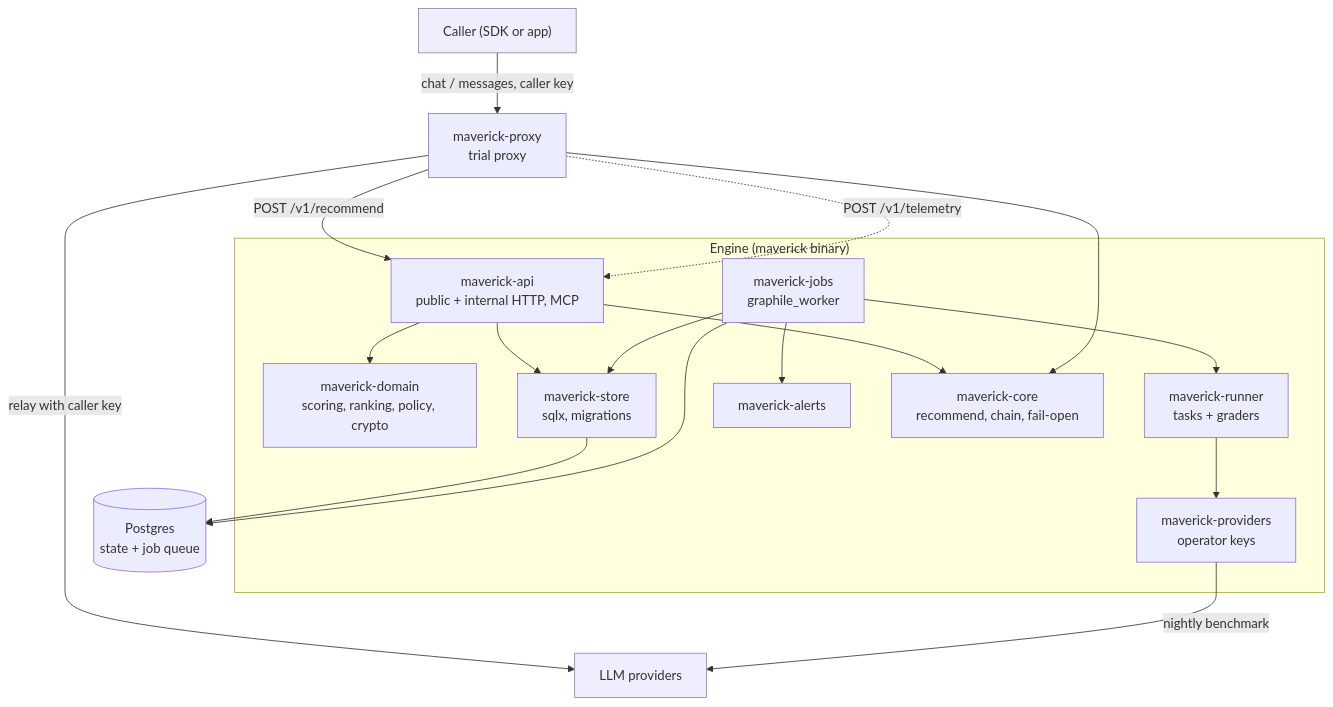
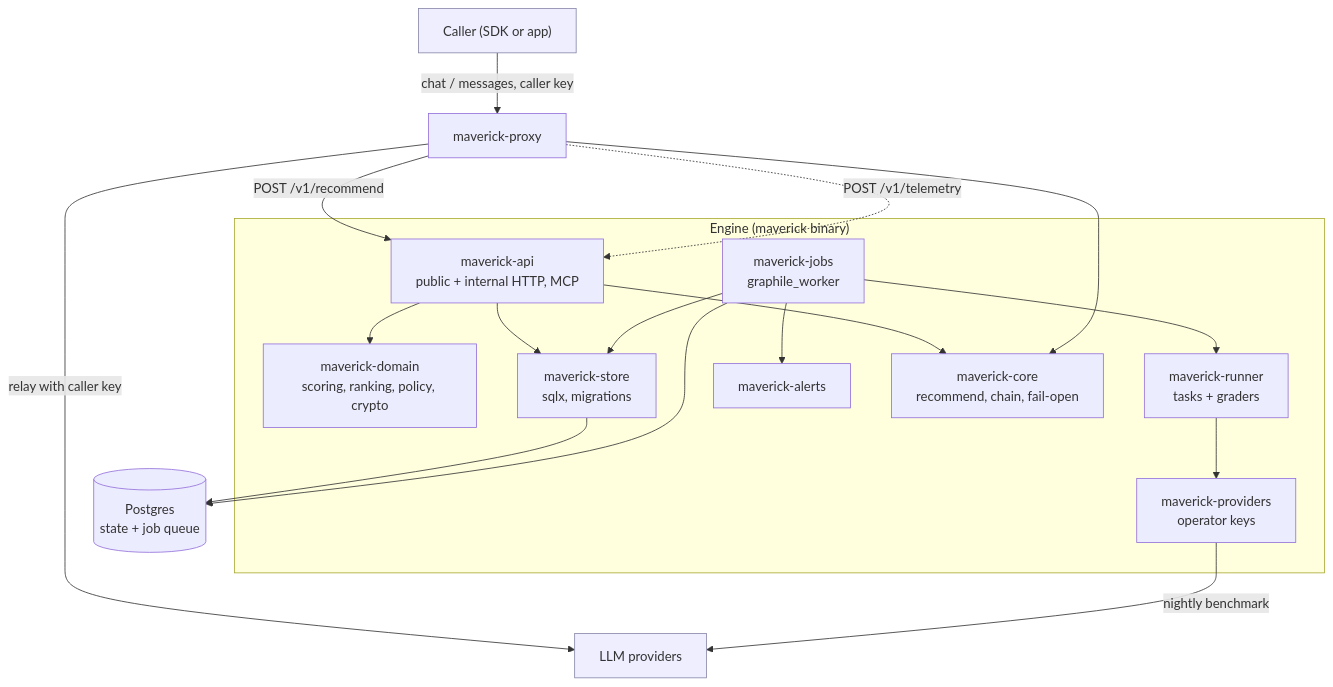
One commit to donnfelker/model-maverick changed the diagram in README.md. Above: the diagram before and after it, drawn with Mermaid. The commit also changed other lines of this file and 55 other files, not shown here.

First line of the commit message:
Remove the old proxy label and check it in CI (model-maverick-n9kh.2)

````diff
--- a/README.md
+++ b/README.md
@@ -27,25 +27,25 @@
 ```mermaid
 flowchart TD
-    caller["Caller (SDK or app)"] -->|"chat / messages, caller key"| proxy["maverick-proxy<br/>trial proxy"]
+    caller["Caller (SDK or app)"] -->|"chat / messages, caller key"| proxy["maverick-proxy"]
     proxy -->|"POST /v1/recommend"| api
     proxy -->|"relay with caller key"| providers["LLM providers"]
     proxy -.->|"POST /v1/telemetry"| api
 
     subgraph engine["Engine (maverick binary)"]
         api["maverick-api<br/>public + internal HTTP, MCP"] --> domain["maverick-domain<br/>scoring, ranking, policy, crypto"]
         api --> store["maverick-store<br/>sqlx, migrations"]
         jobs["maverick-jobs<br/>graphile_worker"] --> runner["maverick-runner<br/>tasks + graders"]
         jobs --> store
         runner --> opproviders["maverick-providers<br/>operator keys"]
         jobs --> alerts["maverick-alerts"]
         api --> core["maverick-core<br/>recommend, chain, fail-open"]
     end
 
     store --> pg[("Postgres<br/>state + job queue")]
     jobs --> pg
     proxy --> core
     opproviders -->|"nightly benchmark"| providers
 
     classDef ext fill:#eef,stroke:#88a;
     class caller,providers ext;
 ```
````
